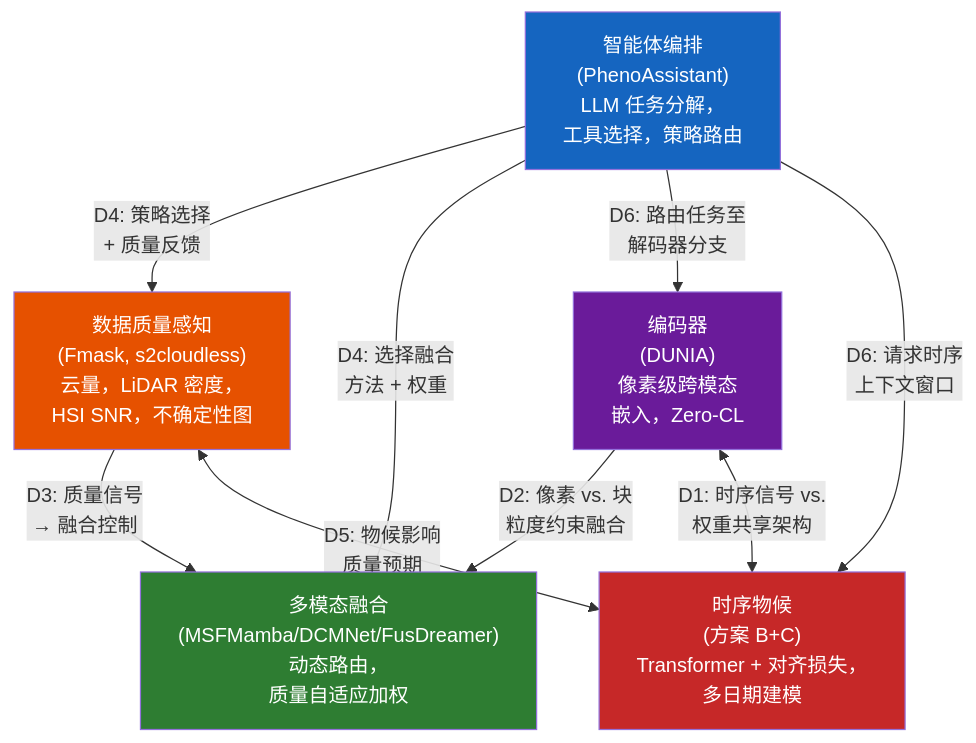
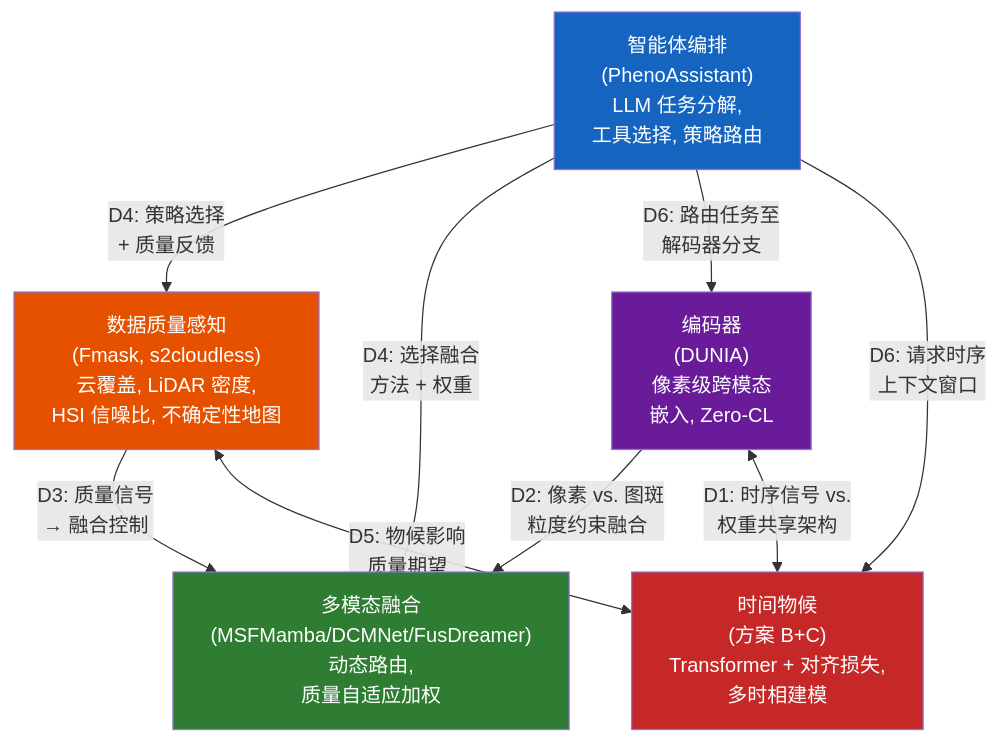
One commit to zmkjh/ForestPheno changed the diagram in papers_data/综述_design_space_oriented_CN.md. Above: the diagram before and after it, drawn with Mermaid. The commit also changed other lines of this file, not shown here.

````diff
--- a/papers_data/综述_design_space_oriented_CN.md
+++ b/papers_data/综述_design_space_oriented_CN.md
@@ -240,25 +240,25 @@
 ```mermaid
 graph TB
-    Agent["智能体编排<br/>(PhenoAssistant)<br/>LLM 任务分解，<br/>工具选择，策略路由"]
-    Quality["数据质量感知<br/>(Fmask, s2cloudless)<br/>云量，LiDAR 密度，<br/>HSI SNR，不确定性图"]
-    Encoder["编码器<br/>(DUNIA)<br/>像素级跨模态<br/>嵌入，Zero-CL"]
-    Fusion["多模态融合<br/>(MSFMamba/DCMNet/FusDreamer)<br/>动态路由，<br/>质量自适应加权"]
-    Temporal["时序物候<br/>(方案 B+C)<br/>Transformer + 对齐损失，<br/>多日期建模"]
+    Agent["智能体编排<br/>(PhenoAssistant)<br/>LLM 任务分解,<br/>工具选择, 策略路由"]
+    Quality["数据质量感知<br/>(Fmask, s2cloudless)<br/>云覆盖, LiDAR 密度,<br/>HSI 信噪比, 不确定性地图"]
+    Encoder["编码器<br/>(DUNIA)<br/>像素级跨模态<br/>嵌入, Zero-CL"]
+    Fusion["多模态融合<br/>(MSFMamba/DCMNet/FusDreamer)<br/>动态路由,<br/>质量自适应加权"]
+    Temporal["时间物候<br/>(方案 B+C)<br/>Transformer + 对齐损失,<br/>多时相建模"]
 
     Agent -->|"D4: 策略选择<br/>+ 质量反馈"| Quality
     Agent -->|"D4: 选择融合<br/>方法 + 权重"| Fusion
     Agent -->|"D6: 路由任务至<br/>解码器分支"| Encoder
     Agent -->|"D6: 请求时序<br/>上下文窗口"| Temporal
 
     Quality -->|"D3: 质量信号<br/>→ 融合控制"| Fusion
-    Quality <-->|"D5: 物候影响<br/>质量预期"| Temporal
+    Quality <-->|"D5: 物候影响<br/>质量期望"| Temporal
 
-    Encoder -->|"D2: 像素 vs. 块<br/>粒度约束融合"| Fusion
+    Encoder -->|"D2: 像素 vs. 图斑<br/>粒度约束融合"| Fusion
     Encoder <-->|"D1: 时序信号 vs.<br/>权重共享架构"| Temporal
 
     style Agent fill:#1565c0,color:#fff
     style Quality fill:#e65100,color:#fff
     style Fusion fill:#2e7d32,color:#fff
     style Encoder fill:#6a1b9a,color:#fff
     style Temporal fill:#c62828,color:#fff
 ```
````
